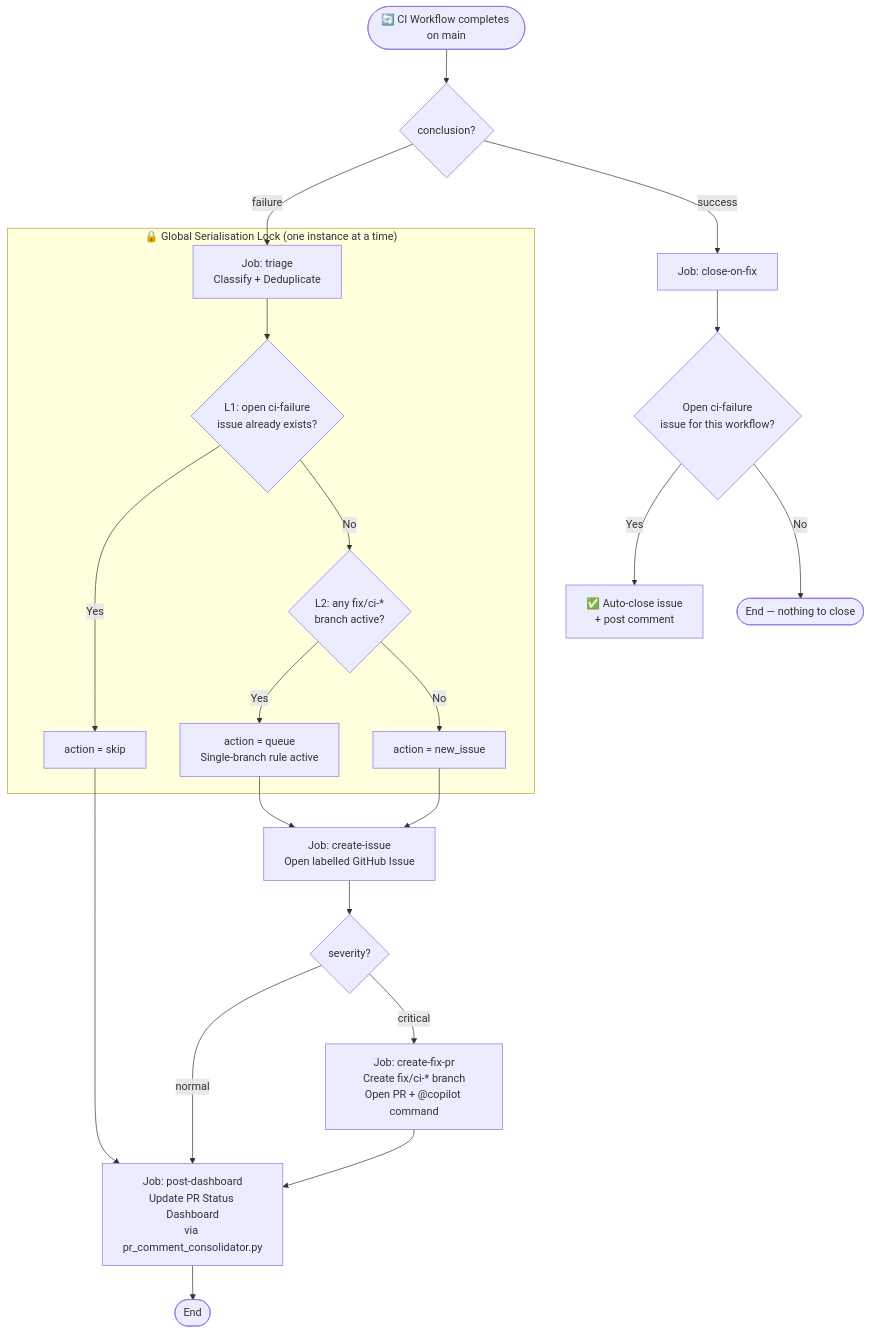
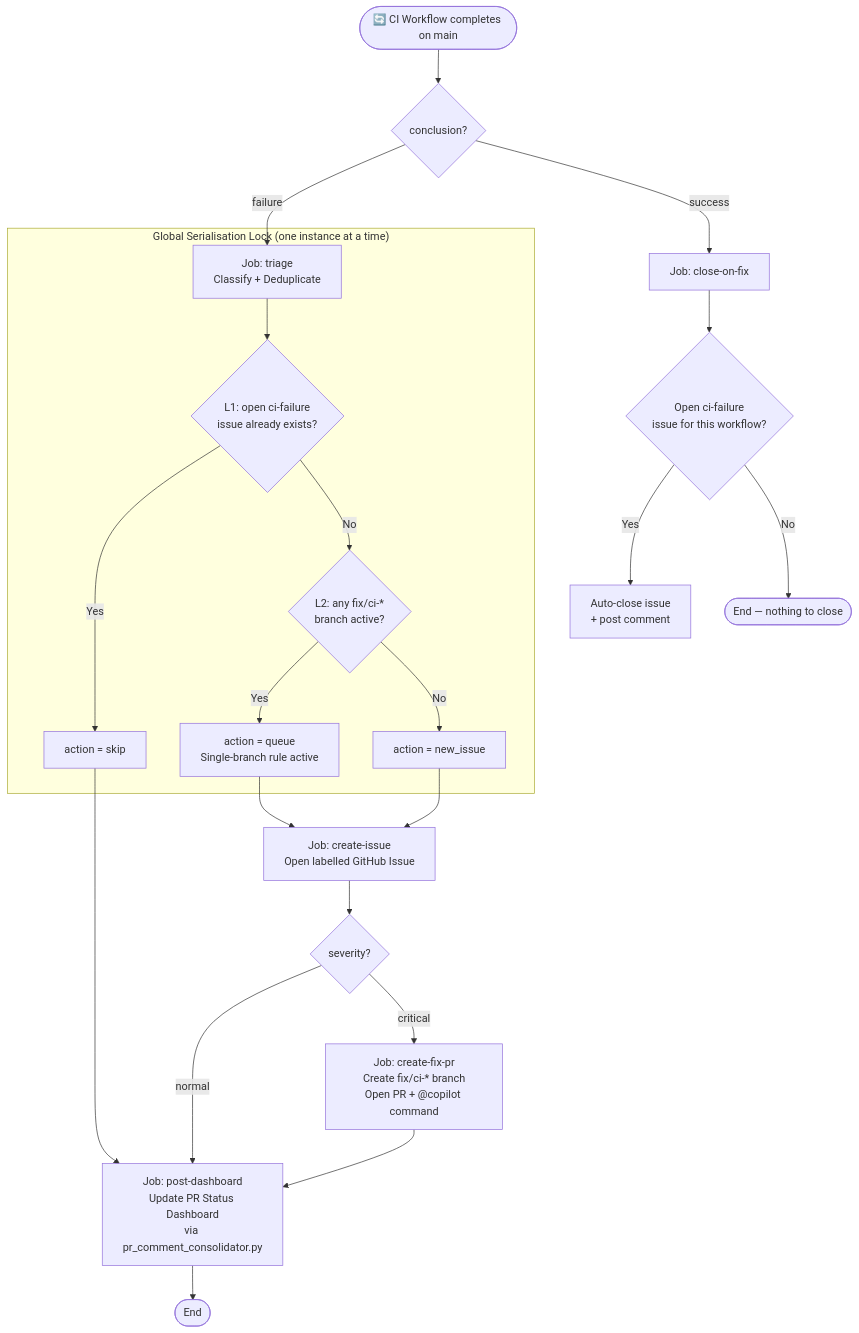
The first of 6 diagrams in docs/ci/CI_FAILURE_AUTO_RESPONSE.md (Aries-Serpent/_codex_), drawn with Mermaid before and after one commit. The commit also changed other lines of this file and 2029 other files, not shown here.

````diff
--- a/docs/ci/CI_FAILURE_AUTO_RESPONSE.md
+++ b/docs/ci/CI_FAILURE_AUTO_RESPONSE.md
@@ -28,36 +30,36 @@
 ```mermaid
 %%{init: {'accessibility': {'title': 'Flowchart showing 🔄 CI Workflow completes on main, Job: close-on-fix'}}%%
 flowchart TD
     A([🔄 CI Workflow completes on main]) --> B{conclusion?}
 
     B -- success --> Z1[Job: close-on-fix]
     Z1 --> Z2{Open ci-failure\nissue for this workflow?}
-    Z2 -- Yes --> Z3[✅ Auto-close issue\n+ post comment]
+    Z2 -- Yes --> Z3[ Auto-close issue\n+ post comment]
     Z2 -- No  --> Z4([End — nothing to close])
 
     B -- failure --> C
 
-    subgraph LOCK ["🔒 Global Serialisation Lock (one instance at a time)"]
+    subgraph LOCK [" Global Serialisation Lock (one instance at a time)"]
         C[Job: triage\nClassify + Deduplicate]
 
         C --> D{L1: open ci-failure\nissue already exists?}
         D -- Yes --> E1[action = skip]
 
         D -- No --> F{L2: any fix/ci-*\nbranch active?}
         F -- Yes --> E2[action = queue\nSingle-branch rule active]
         F -- No  --> E3[action = new_issue]
     end
 
     E1 --> DASH
     E2 --> ISS
     E3 --> ISS
 
     ISS[Job: create-issue\nOpen labelled GitHub Issue]
     ISS --> SEV{severity?}
     SEV -- normal   --> DASH
     SEV -- critical --> FPR[Job: create-fix-pr\nCreate fix/ci-* branch\nOpen PR + @copilot command]
     FPR --> DASH
 
     DASH[Job: post-dashboard\nUpdate PR Status Dashboard\nvia pr_comment_consolidator.py]
     DASH --> END([End])
 ```
````
